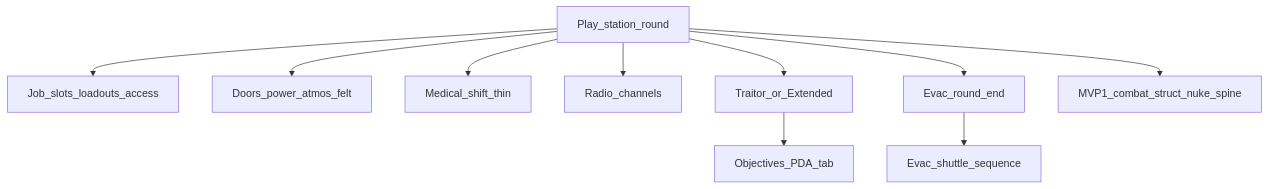
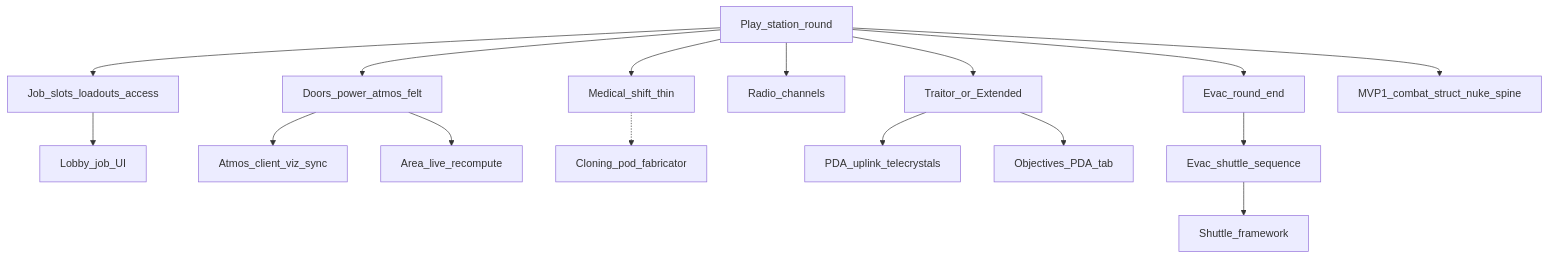
One commit to henkhooft/SS3D changed the diagram in Documents/milestones/mvp2-station-round.md. Above: the diagram before and after it, drawn with Mermaid. The commit also changed other lines of this file and 2 other files, not shown here.

````diff
--- a/Documents/milestones/mvp2-station-round.md
+++ b/Documents/milestones/mvp2-station-round.md
@@ -25,20 +26,32 @@
 ```mermaid
 flowchart TB
   mvp2[Play_station_round]
   jobs[Job_slots_loadouts_access]
+  lobbyui[Lobby_job_UI]
   station[Doors_power_atmos_felt]
+  atmossync[Atmos_client_viz_sync]
+  arearecompute[Area_live_recompute]
   med[Medical_shift_thin]
+  cloning[Cloning_pod_fabricator]
   comms[Radio_channels]
   traitor[Traitor_or_Extended]
+  uplink[PDA_uplink_telecrystals]
   evac[Evac_round_end]
+  shuttles[Shuttle_framework]
   mvp1[MVP1_combat_struct_nuke_spine]
   mvp2 --> jobs
   mvp2 --> station
   mvp2 --> med
   mvp2 --> comms
   mvp2 --> traitor
   mvp2 --> evac
   mvp2 --> mvp1
+  jobs --> lobbyui
+  station --> atmossync
+  station --> arearecompute
+  med -.-> cloning
   traitor --> objectives[Objectives_PDA_tab]
+  traitor --> uplink
   evac --> shuttleThin[Evac_shuttle_sequence]
+  shuttleThin --> shuttles
 ```
````
